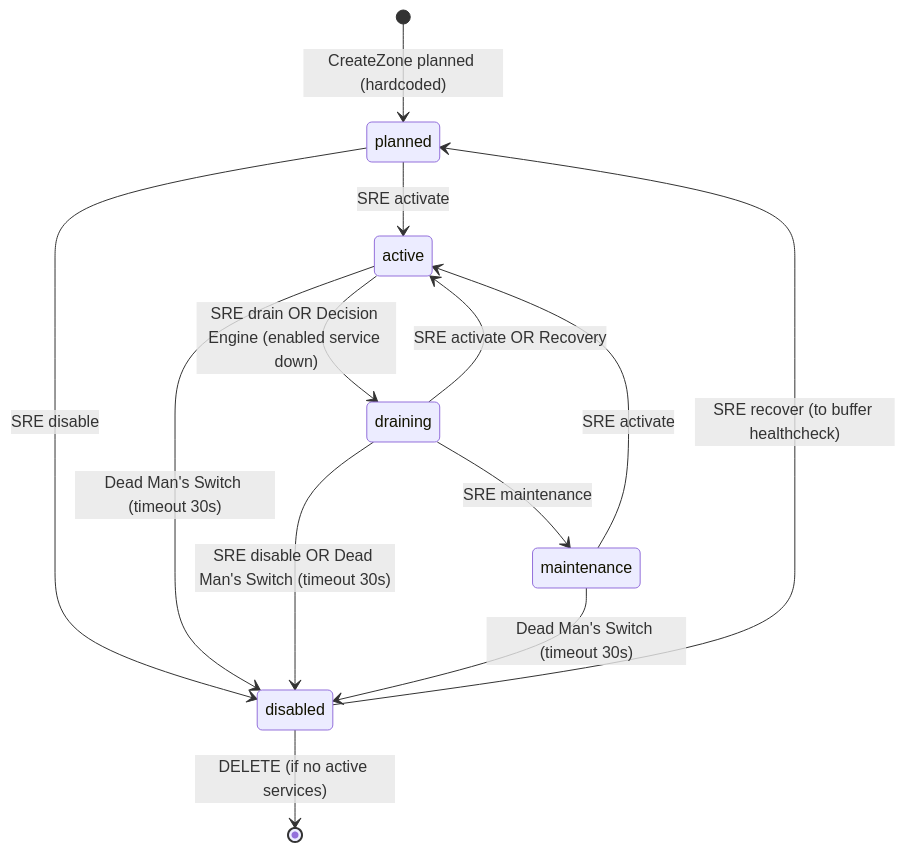
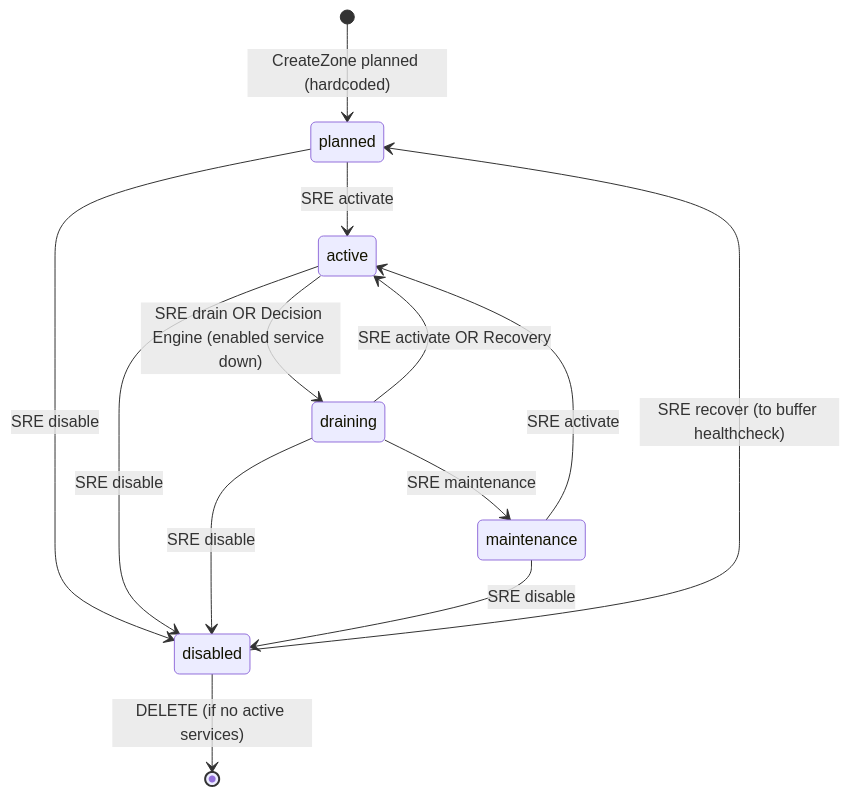
Before and after one commit to phucle996/aurora: the first of 21 diagrams in god_view/hierarchy/zone_lifecycle_god_view.md, drawn with Mermaid. The commit also changed other lines of this file and 79 other files, not shown here.

````diff
--- a/god_view/hierarchy/zone_lifecycle_god_view.md
+++ b/god_view/hierarchy/zone_lifecycle_god_view.md
@@ -60,19 +60,19 @@
 ```mermaid
 stateDiagram-v2
     [*] --> planned : CreateZone planned (hardcoded)
     planned --> active : SRE activate
     planned --> disabled : SRE disable
     
     active --> draining : SRE drain OR Decision Engine (enabled service down)
-    active --> disabled : Dead Man's Switch (timeout 30s)
+    active --> disabled : SRE disable
     
     draining --> active : SRE activate OR Recovery
     draining --> maintenance : SRE maintenance
-    draining --> disabled : SRE disable OR Dead Man's Switch (timeout 30s)
+    draining --> disabled : SRE disable
     
     maintenance --> active : SRE activate
-    maintenance --> disabled : Dead Man's Switch (timeout 30s)
+    maintenance --> disabled : SRE disable
     
     disabled --> planned : SRE recover (to buffer healthcheck)
     disabled --> [*] : DELETE (if no active services)
 ```
````
